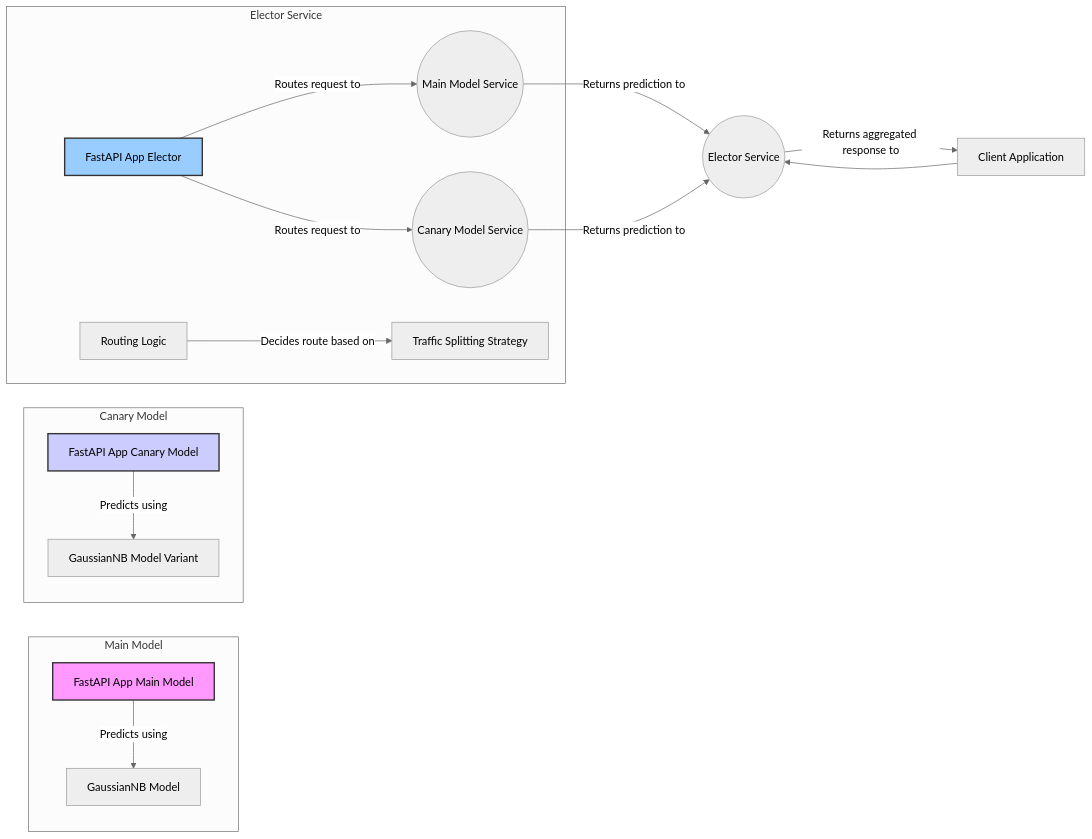
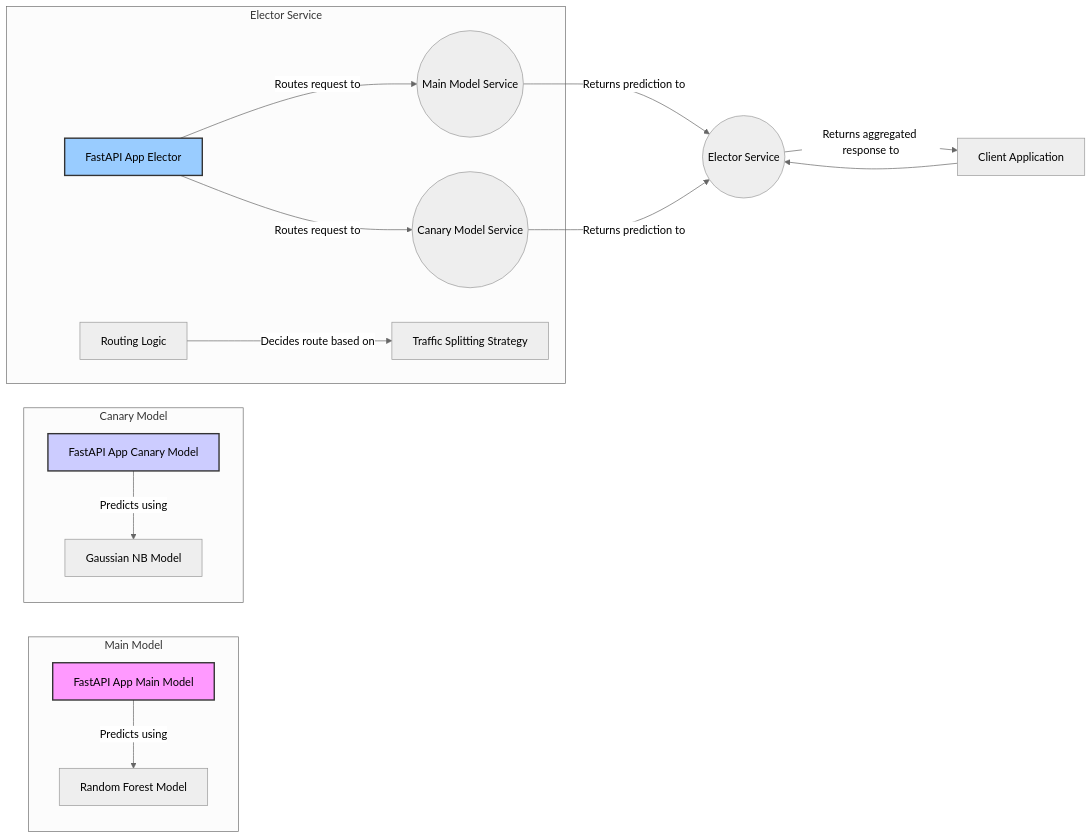
Before and after one commit to ulises-jimenez07/kube_micro_service_model: the diagram in README.md, drawn with Mermaid (neutral theme). The commit also changed other lines of this file, not shown here.

Commit message:
fix: model algorithm in readme

````diff
--- a/README.md
+++ b/README.md
@@ -6,31 +6,31 @@
 ```mermaid
 graph LR
     subgraph Main Model
         A[FastAPI App Main Model]
-        B[GaussianNB Model]
+        B[Random Forest Model]
         A -- Predicts using --> B
     end
 
     subgraph Canary Model
         C[FastAPI App Canary Model]
-        D[GaussianNB Model Variant]
+        D[Gaussian NB Model]
         C -- Predicts using --> D
     end
 
     subgraph Elector Service
         E[FastAPI App Elector]
         F[Routing Logic]
         E -- Routes request to --> G((Main Model Service))
         E -- Routes request to --> H((Canary Model Service))
         F -- Decides route based on --> I[Traffic Splitting Strategy]
     end
 
     J[Client Application] --> K((Elector Service))
     G -- Returns prediction to --> K
     H -- Returns prediction to --> K
     K -- Returns aggregated response to --> J
 
     style A fill:#f9f,stroke:#333,stroke-width:2px
     style C fill:#ccf,stroke:#333,stroke-width:2px
     style E fill:#9cf,stroke:#333,stroke-width:2px
 ```
````
